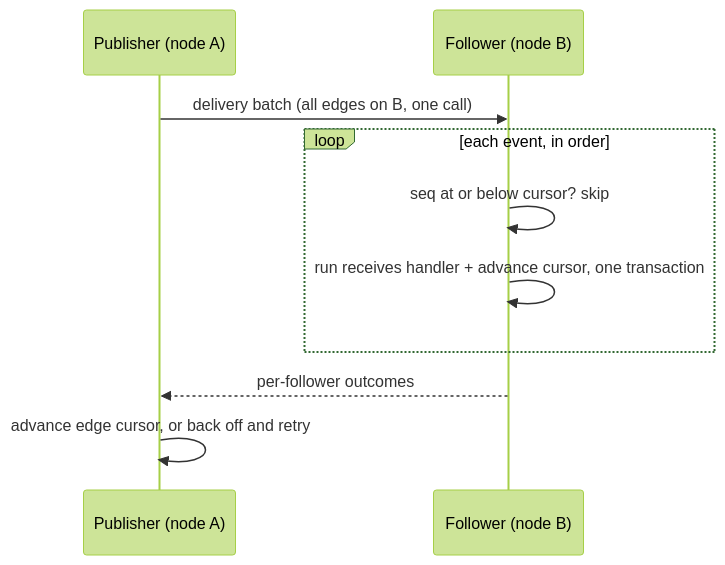
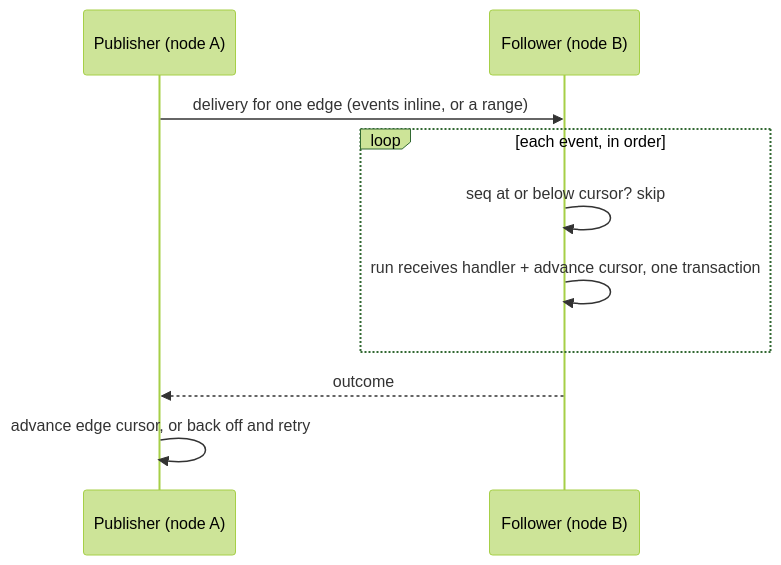
One commit to JSH32/actias changed the second of 2 diagrams in actias-web/src/content/docs/internals/delivery.mdx. Above: the diagram before and after it, drawn with Mermaid (forest theme). The commit also changed other lines of this file and 21 other files, not shown here.

````diff
--- a/actias-web/src/content/docs/internals/delivery.mdx
+++ b/actias-web/src/content/docs/internals/delivery.mdx
@@ -71,12 +75,12 @@
 ```mermaid
 sequenceDiagram
     participant P as Publisher (node A)
     participant F as Follower (node B)
-    P->>F: delivery batch (all edges on B, one call)
+    P->>F: delivery for one edge (events inline, or a range)
     loop each event, in order
         F->>F: seq at or below cursor? skip
         F->>F: run receives handler + advance cursor, one transaction
     end
-    F-->>P: per-follower outcomes
+    F-->>P: outcome
     P->>P: advance edge cursor, or back off and retry
 ```
````
